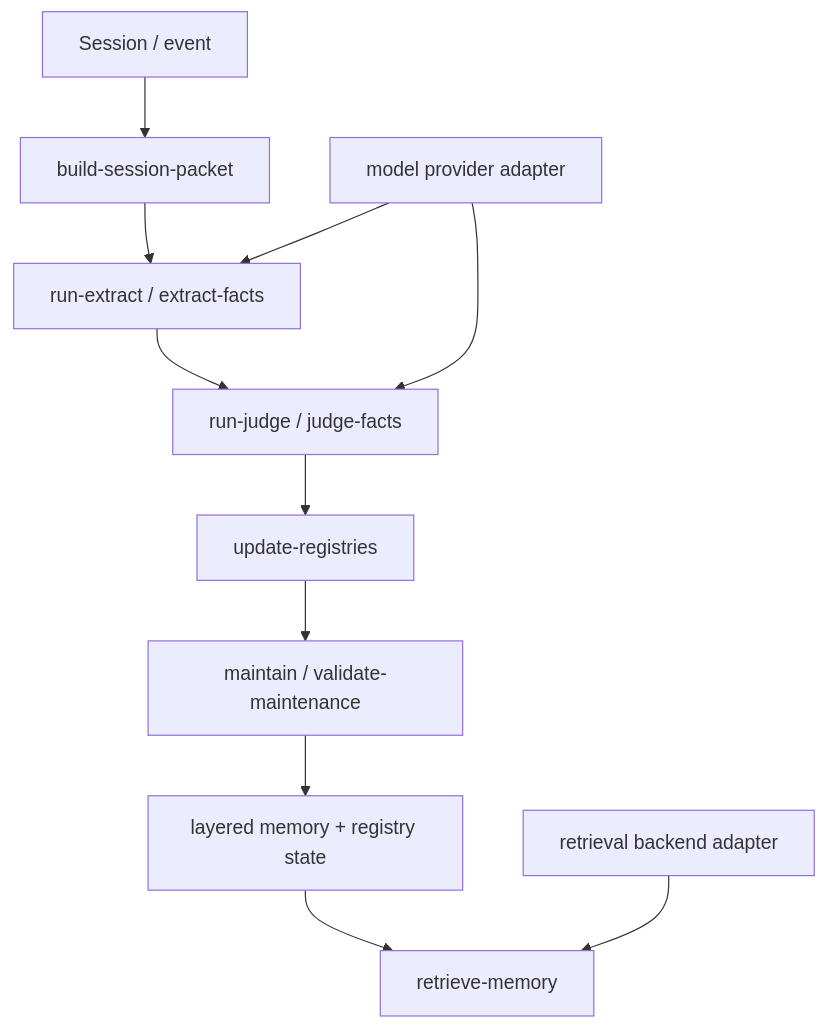
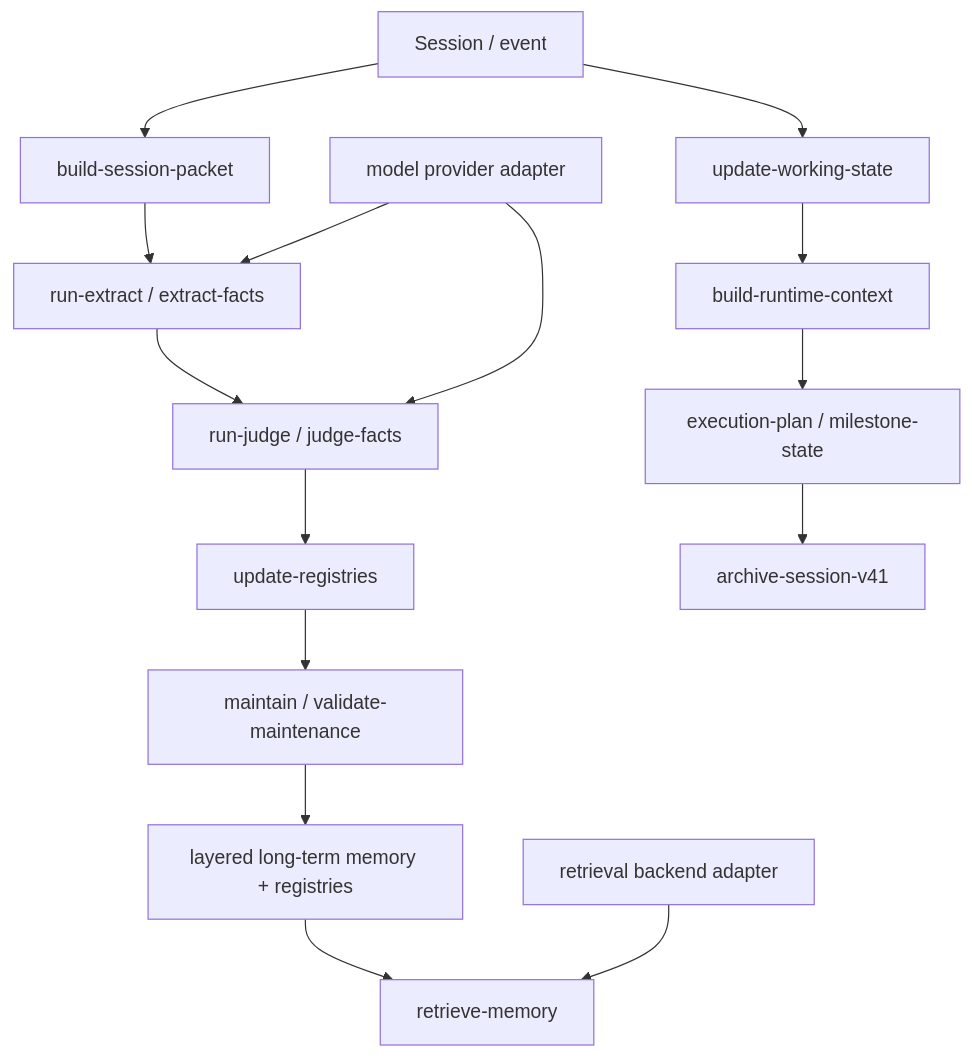
The diagram in docs/architecture.md (Wpoithge/PruneMem), drawn with Mermaid before and after one commit. The commit also changed other lines of this file and 34 other files, not shown here.

Commit message:
feat: publish PruneMem v4.1 public-safe architecture

````diff
--- a/docs/architecture.md
+++ b/docs/architecture.md
@@ -22,14 +41,19 @@
 ```mermaid
 flowchart TD
     A[Session / event] --> B[build-session-packet]
     B --> C[run-extract / extract-facts]
     C --> D[run-judge / judge-facts]
     D --> E[update-registries]
     E --> F[maintain / validate-maintenance]
-    F --> G[layered memory + registry state]
+    F --> G[layered long-term memory + registries]
     G --> H[retrieve-memory]
+
+    A --> W[update-working-state]
+    W --> X[build-runtime-context]
+    X --> Y[execution-plan / milestone-state]
+    Y --> Z[archive-session-v41]
 
     I[model provider adapter] --> C
     I --> D
     J[retrieval backend adapter] --> H
 ```
````
